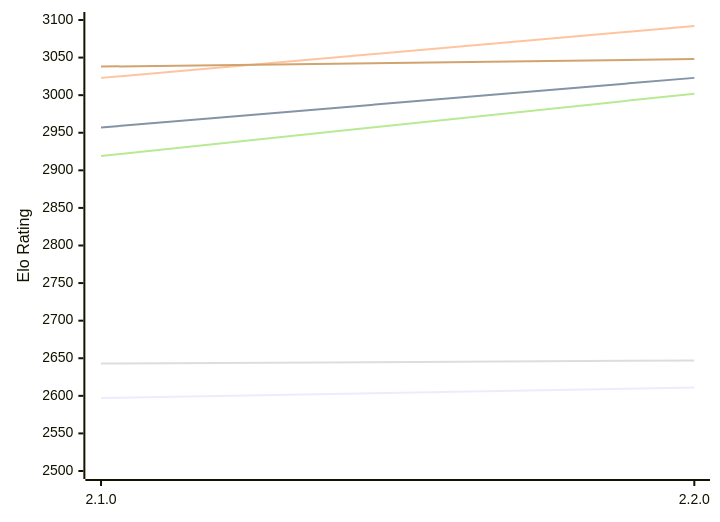
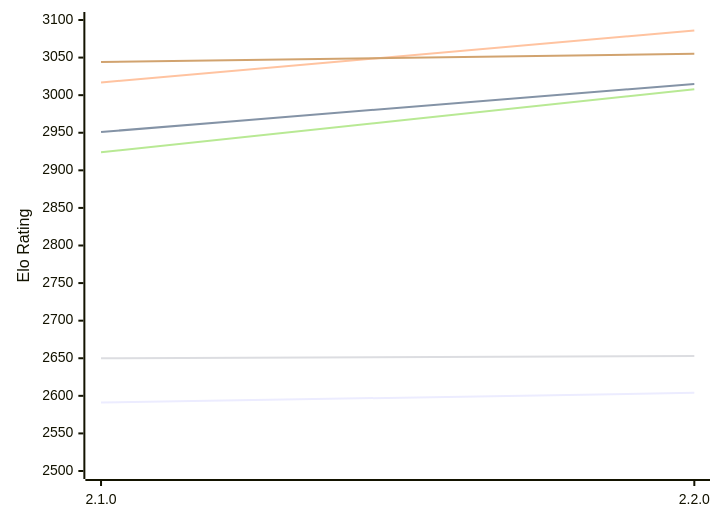
Before and after one commit to computer-chess-index/cci: the first of 2 diagrams in engines/Aspen.md, drawn with Mermaid. The commit also changed other lines of this file, not shown here.

Commit message:
Update CCI Ratings (ELO VLTC) - 2026-11-18

````diff
--- a/engines/Aspen.md
+++ b/engines/Aspen.md
@@ -52,12 +52,12 @@
 ```mermaid
 %%{init: {"theme":"base","themeVariables":{"seriesColors:['#a3a3a3','#222221','#faa371']}}}%%
 xychart-beta
   x-axis ["2.1.0", "2.2.0"]
   y-axis "Elo Rating" 2500 --> 3100
-  line "E1: STC (8.0+0.08s)" [2597, 2611]
-  line "E1: LTC (60.0+0.60s)" [2957, 3023]
-  line "E1: VLTC (2m24s+1.12s)" [3023, 3092]
-  line "P1: STC (8.0+0.08s)" [2643, 2647]
-  line "P1: LTC (60.0+0.60s)" [2919, 3002]
-  line "P1: VLTC (2m24s+1.12s)" [3038, 3048]
+  line "E1: STC (8.0+0.08s)" [2591, 2604]
+  line "E1: LTC (60.0+0.60s)" [2951, 3015]
+  line "E1: VLTC (2m24s+1.12s)" [3017, 3086]
+  line "P1: STC (8.0+0.08s)" [2650, 2653]
+  line "P1: LTC (60.0+0.60s)" [2924, 3008]
+  line "P1: VLTC (2m24s+1.12s)" [3044, 3055]
 ```
````
